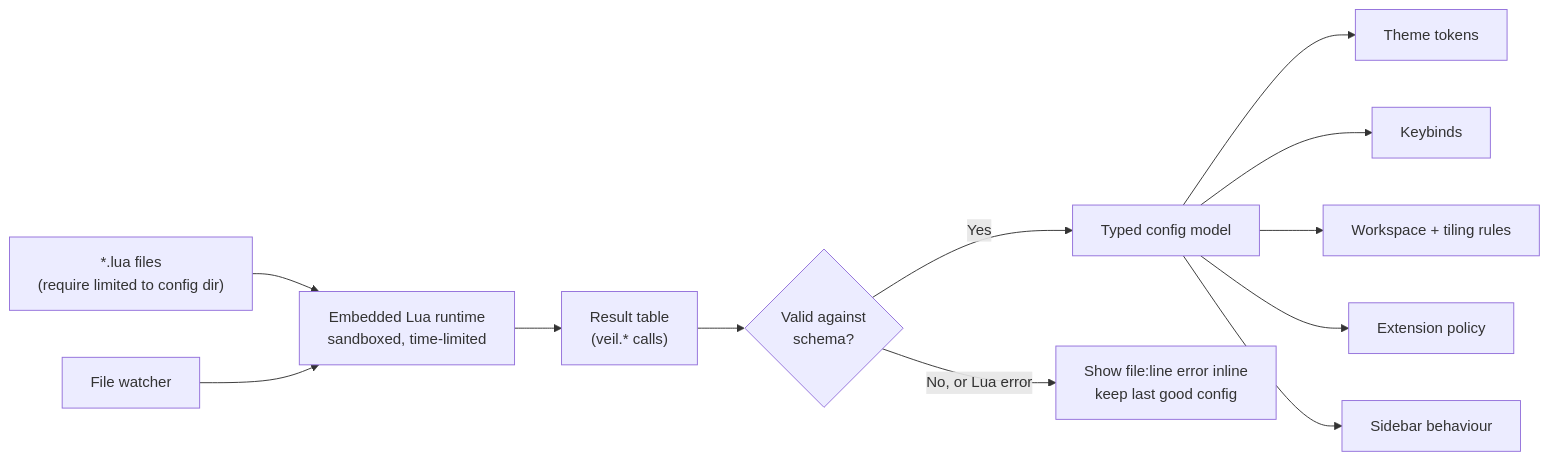
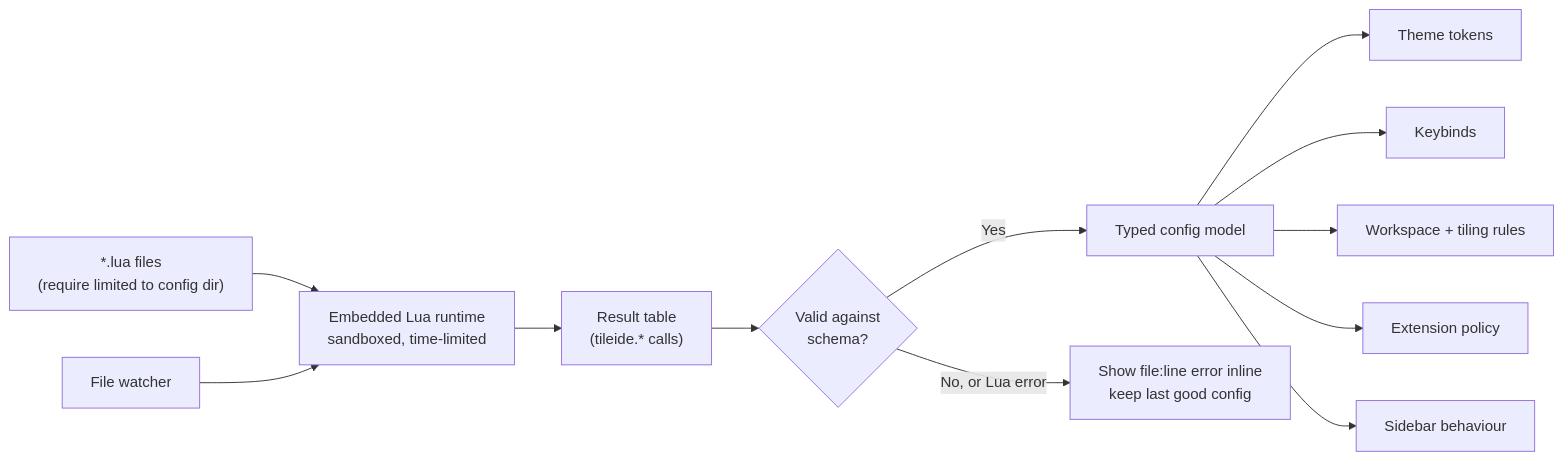
The ninth of 11 diagrams in project_contexts/project_context.md (fordgarcia/tileIDE), drawn with Mermaid before and after one commit. The commit also changed other lines of this file and 35 other files, not shown here.

````diff
--- a/project_contexts/project_context.md
+++ b/project_contexts/project_context.md
@@ -372,14 +394,14 @@
 ```mermaid
 flowchart LR
   F["*.lua files<br/>(require limited to config dir)"] --> L["Embedded Lua runtime<br/>sandboxed, time-limited"]
-  L --> T["Result table<br/>(veil.* calls)"]
+  L --> T["Result table<br/>(tileide.* calls)"]
   T --> V{"Valid against<br/>schema?"}
   V -->|"Yes"| M["Typed config model"]
   V -->|"No, or Lua error"| ERR["Show file:line error inline<br/>keep last good config"]
   M --> A1["Theme tokens"]
   M --> A2["Keybinds"]
   M --> A3["Workspace + tiling rules"]
   M --> A4["Extension policy"]
   M --> A5["Sidebar behaviour"]
   W["File watcher"] --> L
 ```
````
